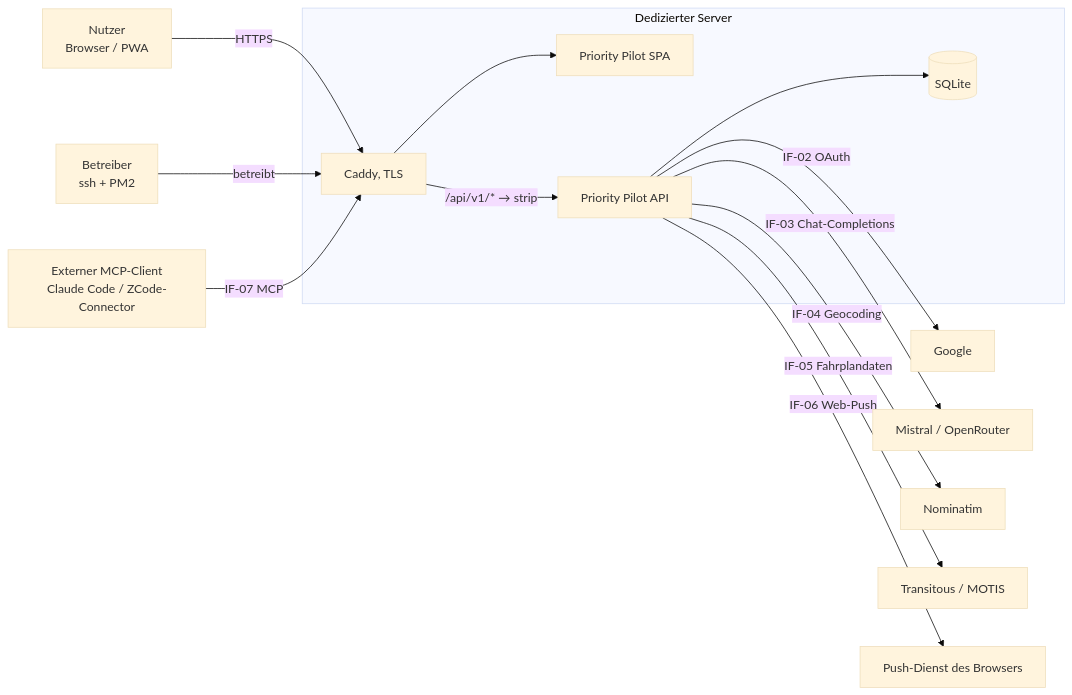
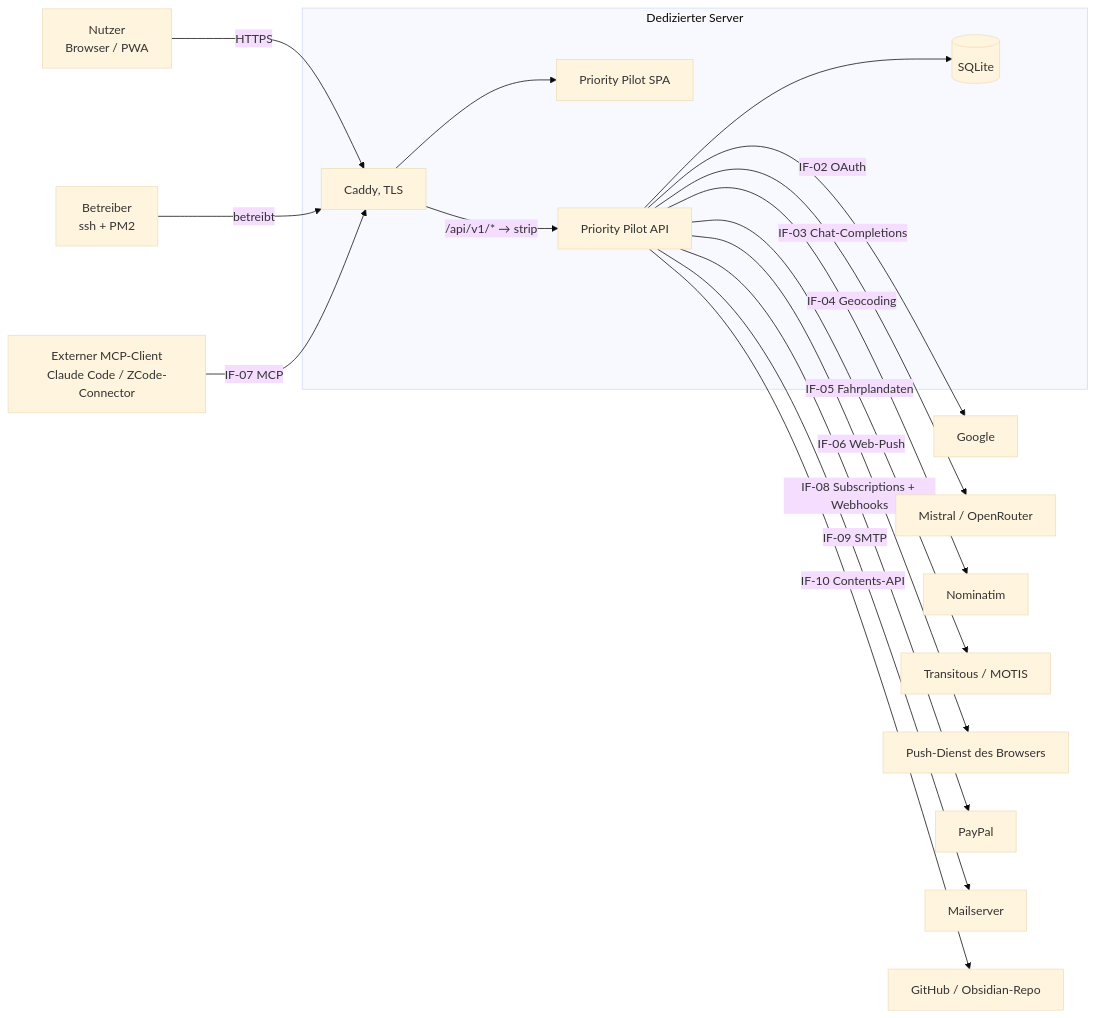
Before and after one commit to deleonio/priority-pilot: the first of 5 diagrams in docs/arc42.md, drawn with Mermaid (base theme). The commit also changed other lines of this file, not shown here.

````diff
--- a/docs/arc42.md
+++ b/docs/arc42.md
@@ -63,16 +67,19 @@
 ```mermaid
 graph LR
     Nutzer[Nutzer<br/>Browser / PWA] -->|HTTPS| Caddy
     Betreiber[Betreiber<br/>ssh + PM2] -->|betreibt| Caddy
     MCPClient[Externer MCP-Client<br/>Claude Code / ZCode-Connector] -->|IF-07 MCP| Caddy
     subgraph Host[Dedizierter Server]
         Caddy[Caddy, TLS] --> SPA[Priority Pilot SPA]
         Caddy -->|"/api/v1/* → strip"| API[Priority Pilot API]
         API --> DB[(SQLite)]
     end
     API -->|IF-02 OAuth| Google[Google]
     API -->|IF-03 Chat-Completions| LLM[Mistral / OpenRouter]
     API -->|IF-04 Geocoding| Nominatim[Nominatim]
     API -->|IF-05 Fahrplandaten| Transitous[Transitous / MOTIS]
     API -->|IF-06 Web-Push| Push[Push-Dienst des Browsers]
+    API -->|IF-08 Subscriptions + Webhooks| PayPal[PayPal]
+    API -->|IF-09 SMTP| Mail[Mailserver]
+    API -->|IF-10 Contents-API| GitHub[GitHub / Obsidian-Repo]
 ```
````
